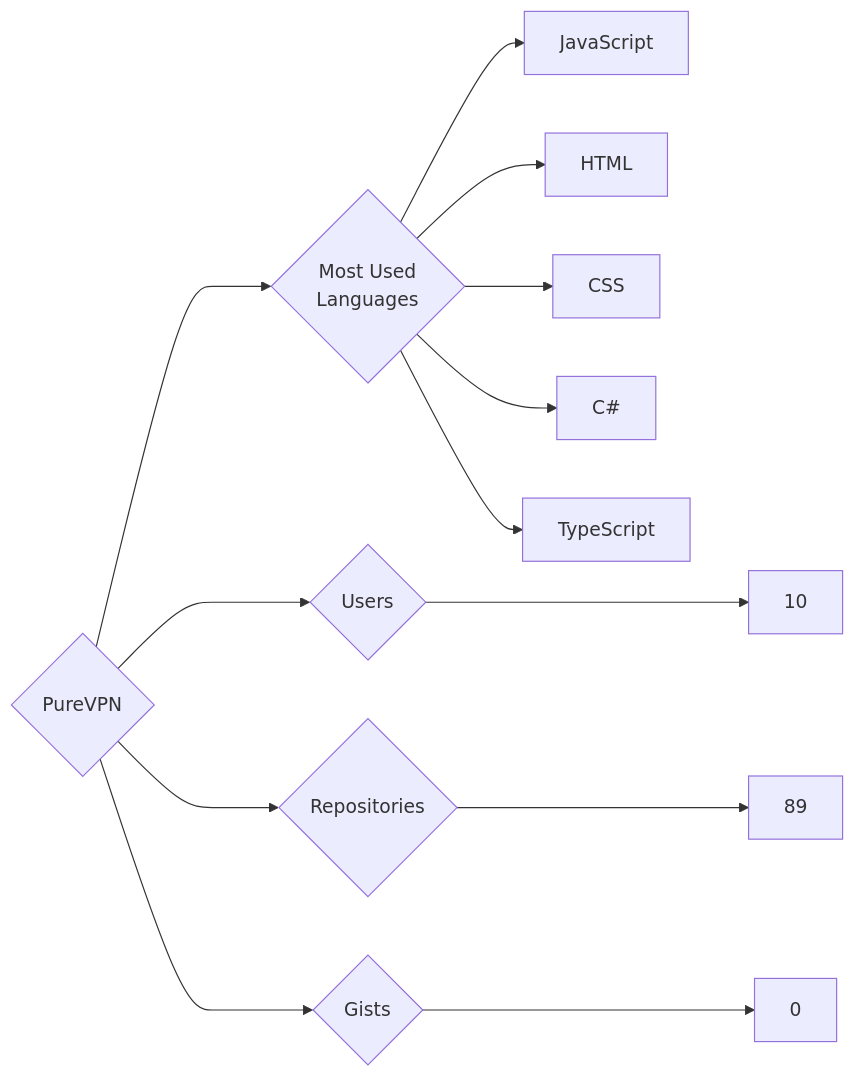
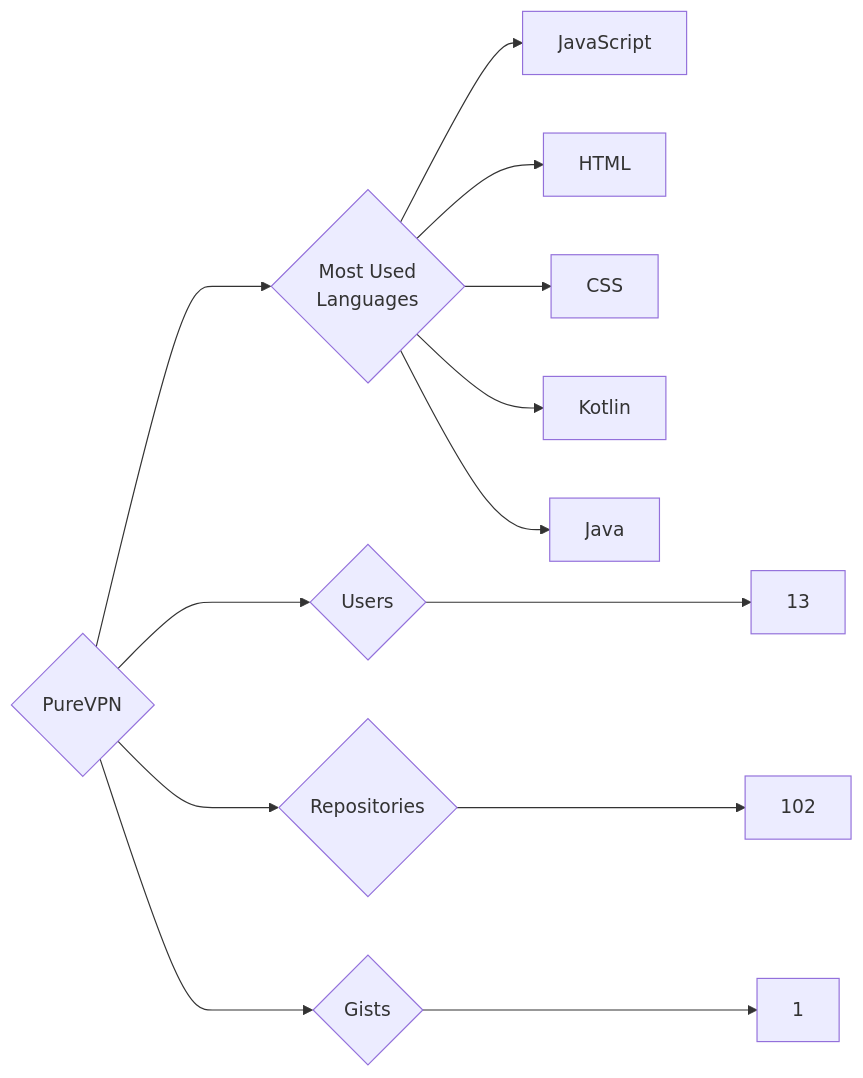
One commit to trickest/insiders changed the diagram in targets/PureVPN/README.md. Above: the diagram before and after it, drawn with Mermaid. The commit also changed 886 other files, not shown here.

````diff
--- a/targets/PureVPN/README.md
+++ b/targets/PureVPN/README.md
@@ -3,13 +3,13 @@
 ```mermaid
 graph LR
 COMPANY_NAME{PureVPN}
-COMPANY_NAME ---> U{Users} ---> UN[10]
-COMPANY_NAME ---> R{Repositories} ---> RN[89]
-COMPANY_NAME ---> G{Gists} ---> GN[0]
+COMPANY_NAME ---> U{Users} ---> UN[13]
+COMPANY_NAME ---> R{Repositories} ---> RN[102]
+COMPANY_NAME ---> G{Gists} ---> GN[1]
 COMPANY_NAME ---> ML{Most Used<br>Languages}
 ML --> JavaScript[JavaScript]
 ML --> HTML[HTML]
 ML --> CSS[CSS]
-ML --> C#[C#]
-ML --> TypeScript[TypeScript]
+ML --> Kotlin[Kotlin]
+ML --> Java[Java]
 ```
````
